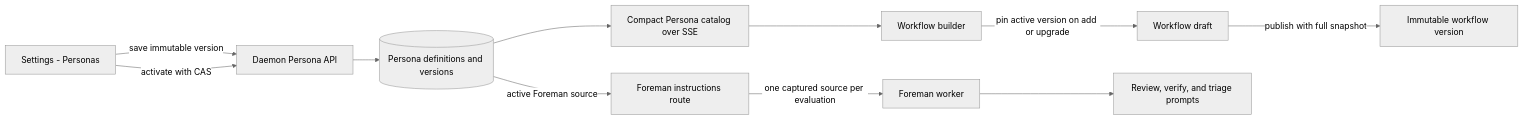
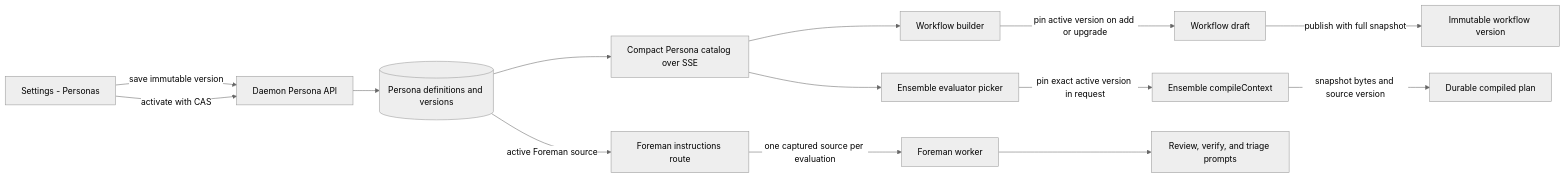
The first of 2 diagrams in docs/plans/persona-versioning-and-foreman/plan.md (teamupstart/mission-control), drawn with Mermaid (neutral theme) before and after one commit. The commit also changed other lines of this file and 1 other file, not shown here.

Commit message:
no-mistakes(review): Align Persona plan with ensemble version pinning

````diff
--- a/docs/plans/persona-versioning-and-foreman/plan.md
+++ b/docs/plans/persona-versioning-and-foreman/plan.md
@@ -147,14 +184,18 @@
 ```mermaid
 flowchart LR
   UI[Settings - Personas] -->|save immutable version| API[Daemon Persona API]
   API --> STORE[(Persona definitions and versions)]
   UI -->|activate with CAS| API
   STORE --> CATALOG[Compact Persona catalog over SSE]
   CATALOG --> BUILDER[Workflow builder]
   BUILDER -->|pin active version on add or upgrade| DRAFT[Workflow draft]
   DRAFT -->|publish with full snapshot| VERSION[Immutable workflow version]
 
+  CATALOG --> ENSEMBLE[Ensemble evaluator picker]
+  ENSEMBLE -->|pin exact active version in request| COMPILE[Ensemble compileContext]
+  COMPILE -->|snapshot bytes and source version| PLAN[Durable compiled plan]
+
   STORE -->|active Foreman source| ROUTE[Foreman instructions route]
   ROUTE -->|one captured source per evaluation| WORKER[Foreman worker]
   WORKER --> PROMPTS[Review, verify, and triage prompts]
 ```
````
